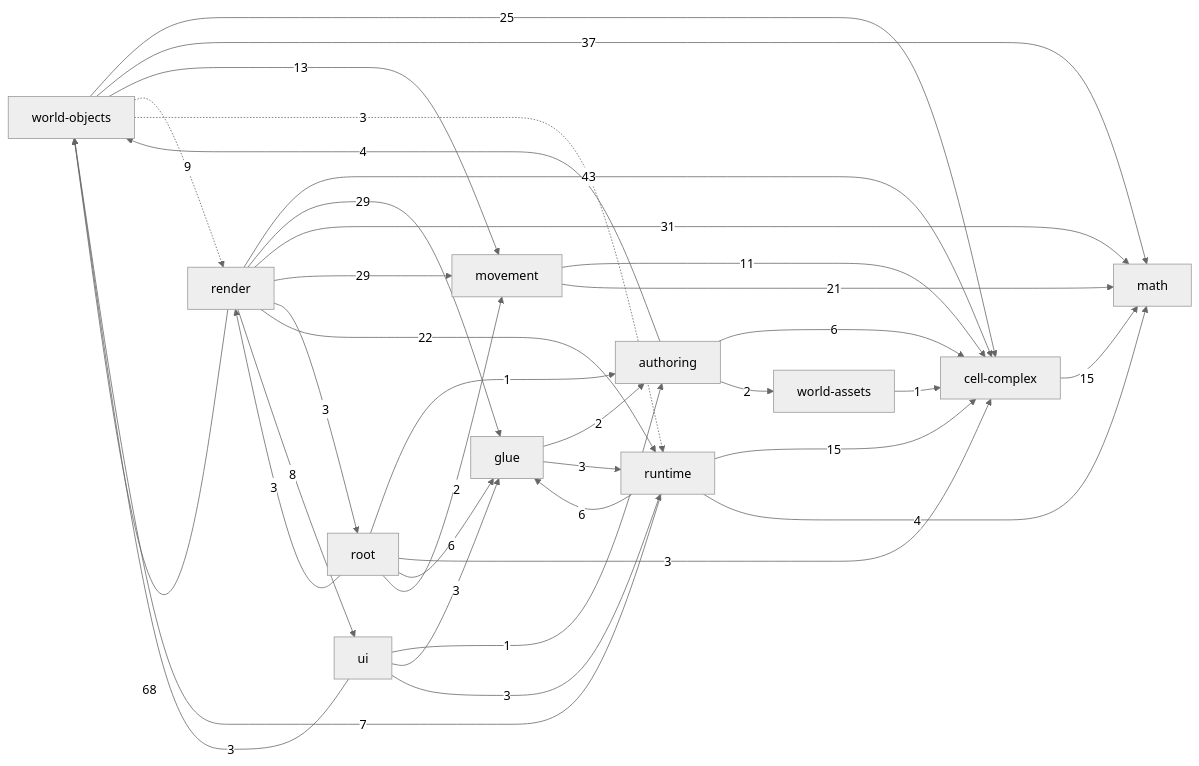
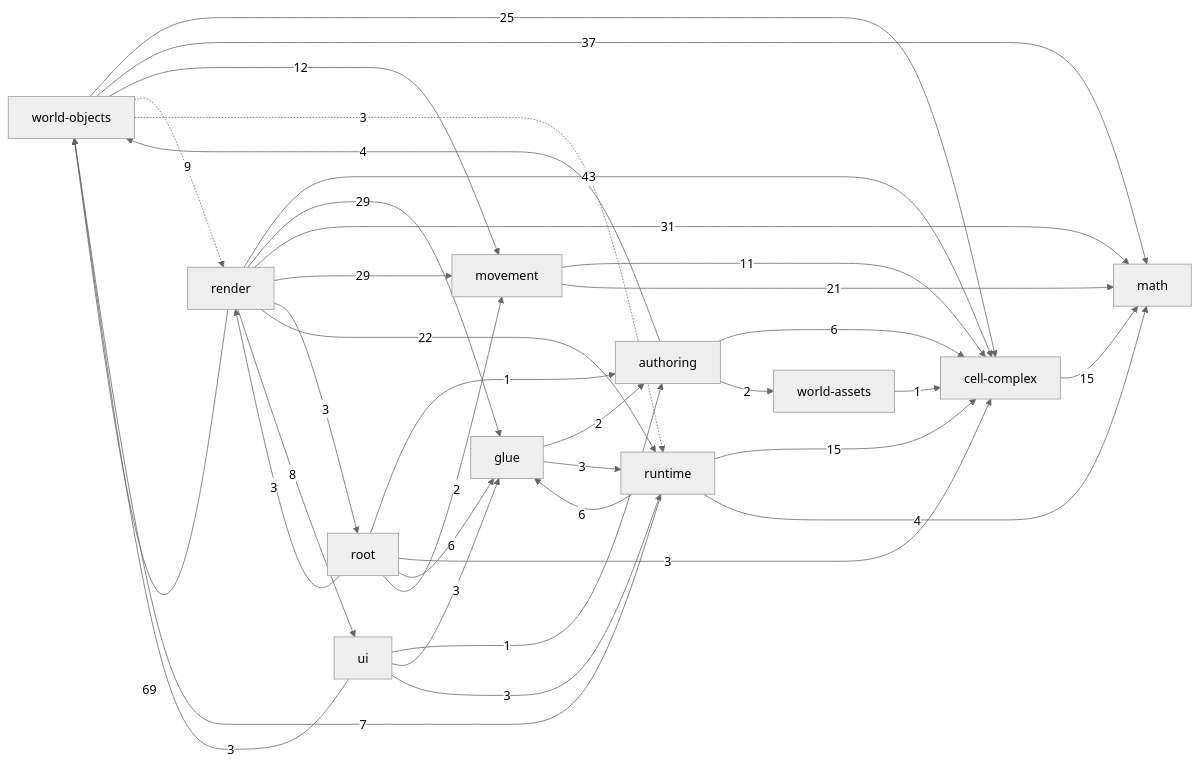
One commit to guraltsev/noneuclid-fpv changed the diagram in _docs/generated/ARCHITECTURE_REFERENCE.md. Above: the diagram before and after it, drawn with Mermaid (neutral theme). The commit also changed other lines of this file and 12 other files, not shown here.

````diff
--- a/_docs/generated/ARCHITECTURE_REFERENCE.md
+++ b/_docs/generated/ARCHITECTURE_REFERENCE.md
@@ -32,49 +32,49 @@
 ```mermaid
 flowchart LR
   math["math"]
   cell_complex["cell-complex"]
   movement["movement"]
   world_assets["world-assets"]
   world_objects["world-objects"]
   authoring["authoring"]
   runtime["runtime"]
   ui["ui"]
   glue["glue"]
   render["render"]
   root["root"]
   authoring -->|6| cell_complex
   authoring -->|2| world_assets
   authoring -->|4| world_objects
   cell_complex -->|15| math
   glue -->|2| authoring
   glue -->|3| runtime
   movement -->|11| cell_complex
   movement -->|21| math
   render -->|43| cell_complex
   render -->|29| glue
   render -->|31| math
   render -->|29| movement
   render -->|3| root
   render -->|22| runtime
   render -->|8| ui
-  render -->|68| world_objects
+  render -->|69| world_objects
   root -->|1| authoring
   root -->|3| cell_complex
   root -->|6| glue
   root -->|2| movement
   root -->|3| render
   runtime -->|15| cell_complex
   runtime -->|6| glue
   runtime -->|4| math
   runtime -->|7| world_objects
   ui -->|1| authoring
   ui -->|3| glue
   ui -->|3| runtime
   ui -->|3| world_objects
   world_assets -->|1| cell_complex
   world_objects -->|25| cell_complex
   world_objects -->|37| math
-  world_objects -->|13| movement
+  world_objects -->|12| movement
   world_objects -.->|9| render
   world_objects -.->|3| runtime
 ```
````
